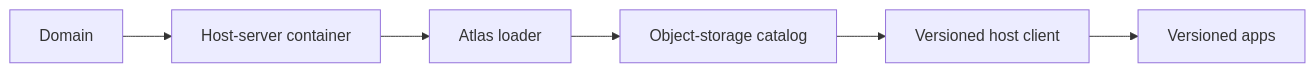
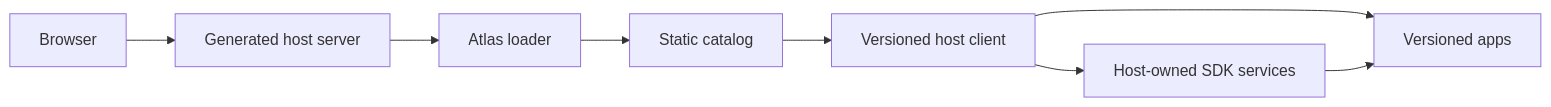
Before and after one commit to bendaj11/atlas: the diagram in README.md, drawn with Mermaid. The commit also changed other lines of this file and 67 other files, not shown here.

````diff
--- a/README.md
+++ b/README.md
@@ -55,8 +37,10 @@
 ```mermaid
 flowchart LR
-  Domain["Domain"] --> Server["Host-server container"]
+  Browser["Browser"] --> Server["Generated host server"]
   Server --> Loader["Atlas loader"]
-  Loader --> Catalog["Object-storage catalog"]
+  Loader --> Catalog["Static catalog"]
   Catalog --> Host["Versioned host client"]
   Host --> Apps["Versioned apps"]
+  Host --> SDK["Host-owned SDK services"]
+  SDK --> Apps
 ```
````
